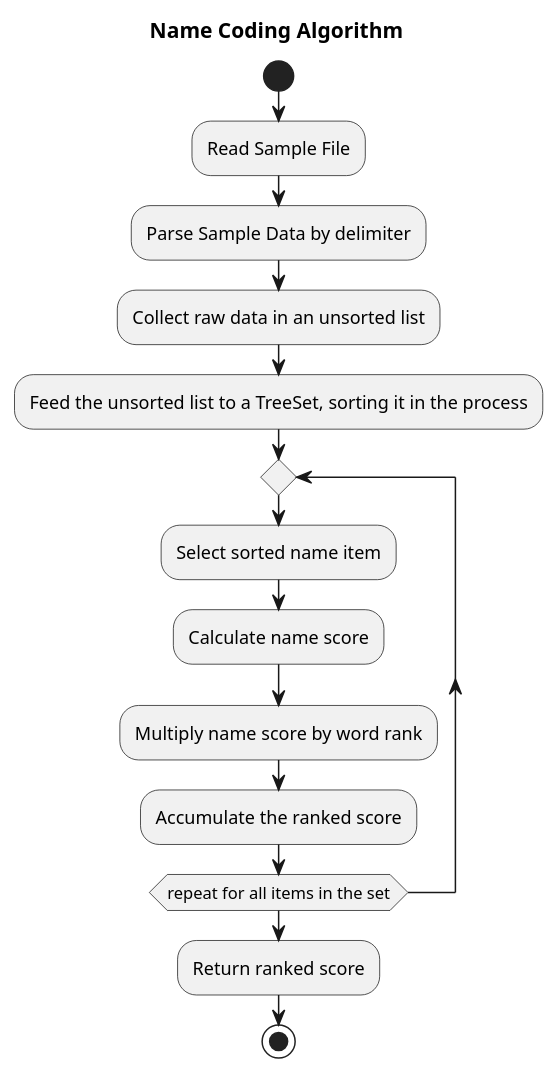
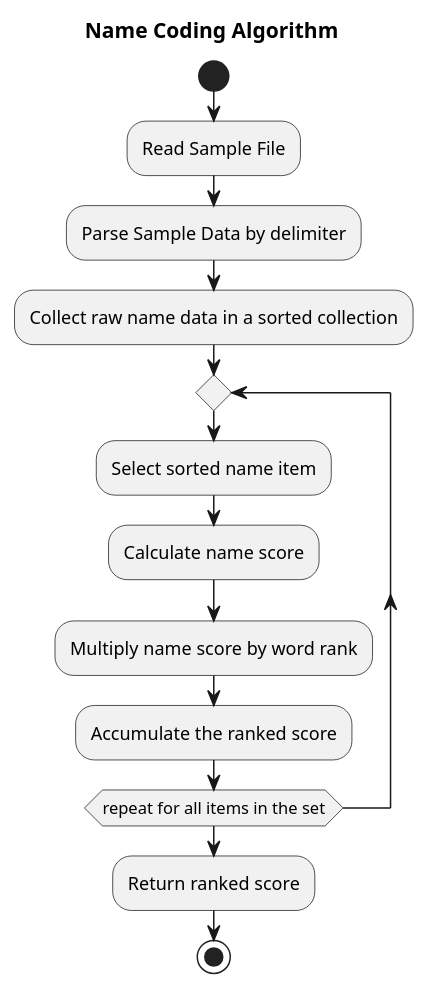
The diagram in docs/algorithm.puml (balamuru/name-coding), drawn with PlantUML before and after one commit. The commit also changed 12 other files, not shown here.

```diff
--- a/docs/algorithm.puml
+++ b/docs/algorithm.puml
@@ -1,21 +1,20 @@
 @startuml
 
 title Name Coding Algorithm
 
 start
 :Read Sample File;
 :Parse Sample Data by delimiter;
-:Collect raw data in an unsorted list;
-:Feed the unsorted list to a TreeSet, sorting it in the process;
+:Collect raw name data in a sorted collection;
 
 repeat
   :Select sorted name item;
   :Calculate name score;
   :Multiply name score by word rank;
   :Accumulate the ranked score;
 repeat while (repeat for all items in the set)
 :Return ranked score;
 
 stop
 
 @enduml
```
